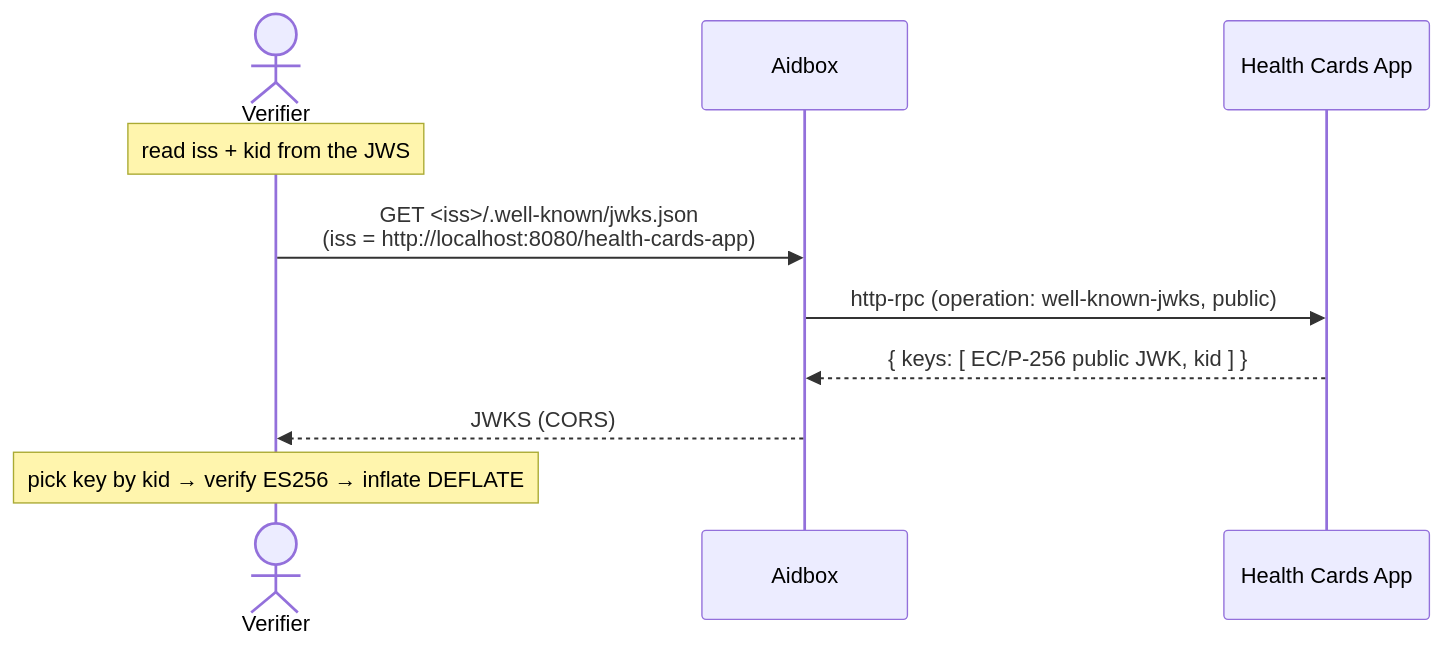
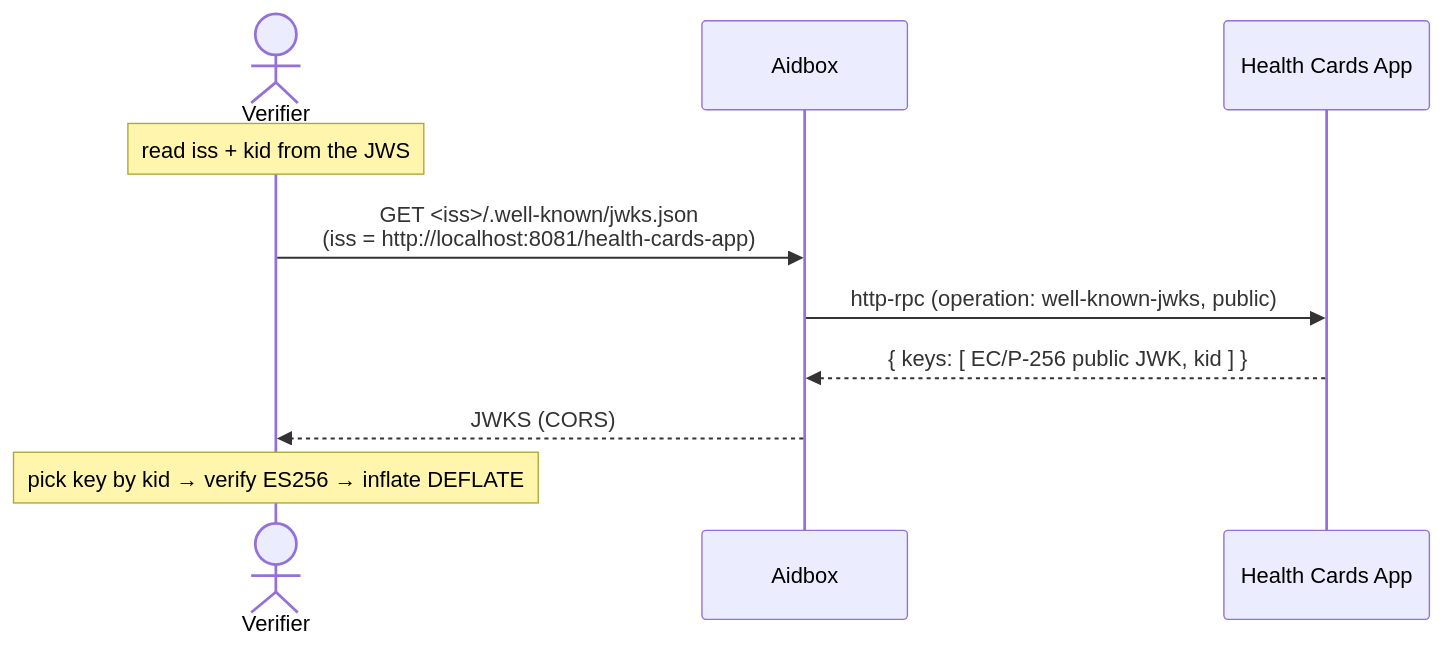
Before and after one commit to Aidbox/examples: the third of 4 diagrams in aidbox-custom-operations/aidbox-health-card-issue/README.md, drawn with Mermaid. The commit also changed other lines of this file and 5 other files, not shown here.

First line of the commit message:
health cards: run on ports 8081/3001 to coexist with the smart-health-link example

````diff
--- a/aidbox-custom-operations/aidbox-health-card-issue/README.md
+++ b/aidbox-custom-operations/aidbox-health-card-issue/README.md
@@ -53,12 +53,12 @@
 ```mermaid
 sequenceDiagram
     actor V as Verifier
     participant A as Aidbox
     participant S as Health Cards App
     Note over V: read iss + kid from the JWS
-    V->>A: GET <iss>/.well-known/jwks.json<br/>(iss = http://localhost:8080/health-cards-app)
+    V->>A: GET <iss>/.well-known/jwks.json<br/>(iss = http://localhost:8081/health-cards-app)
     A->>S: http-rpc (operation: well-known-jwks, public)
     S-->>A: { keys: [ EC/P-256 public JWK, kid ] }
     A-->>V: JWKS (CORS)
     Note over V: pick key by kid → verify ES256 → inflate DEFLATE
 ```
````
